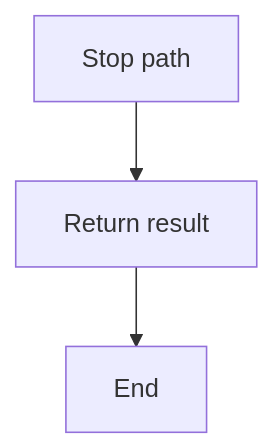
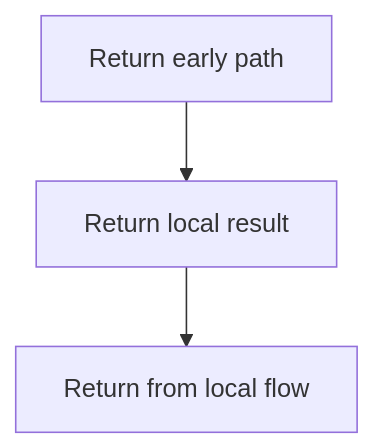
One commit to JohnAndrewBalbarosa/NeoTerritory changed the sixth of 6 diagrams in docs/Codebase/Microservice/Modules/Source/Trees/ClassGeneration/Actual/Internal/Line/Flow/line_program_flow.cpp.md. Above: the diagram before and after it, drawn with Mermaid. The commit also changed other lines of this file and 925 other files, not shown here.

````diff
--- a/docs/Codebase/Microservice/Modules/Source/Trees/ClassGeneration/Actual/Internal/Line/Flow/line_program_flow.cpp.md
+++ b/docs/Codebase/Microservice/Modules/Source/Trees/ClassGeneration/Actual/Internal/Line/Flow/line_program_flow.cpp.md
@@ -145,8 +145,8 @@
 ```mermaid
 flowchart TD
-    N0["Stop path"]
-    N1["Return result"]
-    N2["End"]
+    N0["Return early path"]
+    N1["Return local result"]
+    N2["Return from local flow"]
     N0 --> N1
     N1 --> N2
 ```
````
